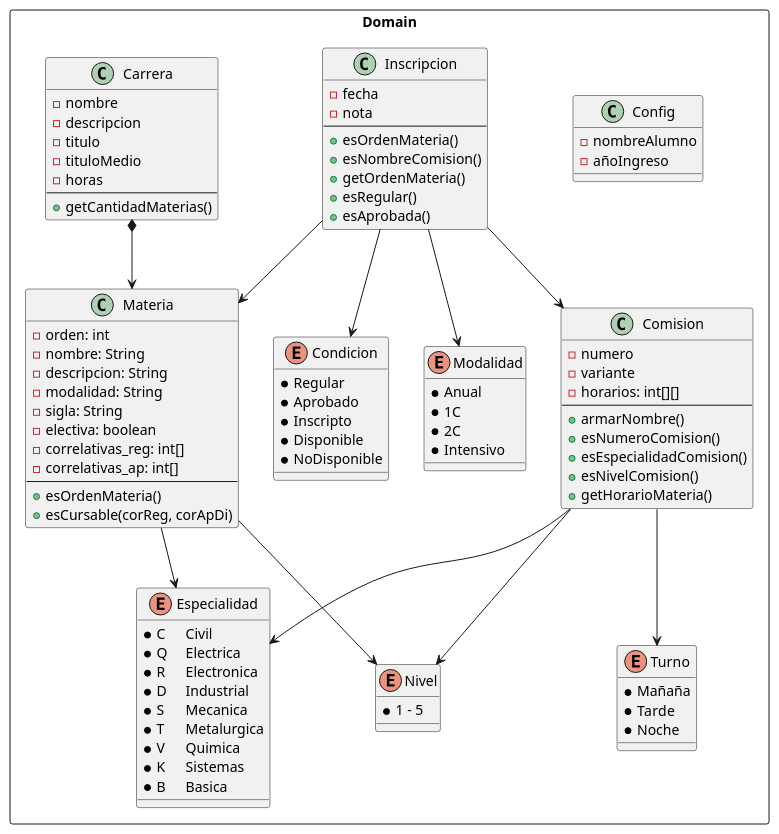
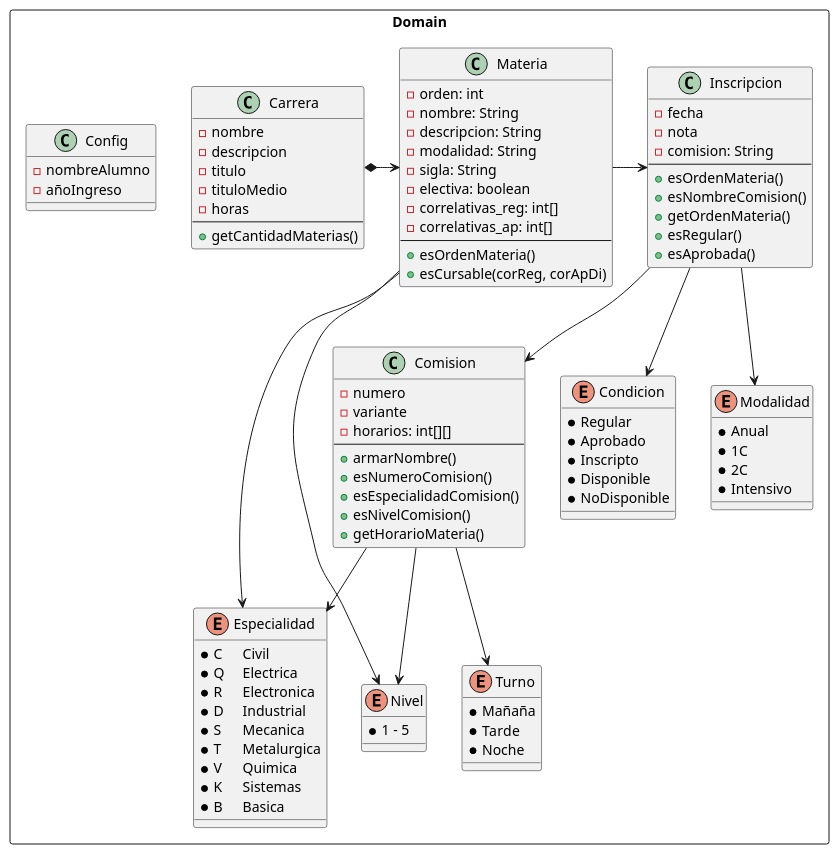
One commit to EmilianoM7/UTN_EZ changed the diagram in Doc/UTNEZ_ClassDomain.puml. Above: the diagram before and after it, drawn with PlantUML. The commit also changed 20 other files, not shown here.

```diff
--- a/Doc/UTNEZ_ClassDomain.puml
+++ b/Doc/UTNEZ_ClassDomain.puml
@@ -1,111 +1,112 @@
 @startuml
 
 rectangle Domain{
 
     class Config {
         - nombreAlumno
         - añoIngreso
     }
 
     class Inscripcion{
         - fecha
         - nota
+        - comision: String
         --
         + esOrdenMateria()
         + esNombreComision()
         + getOrdenMateria()
         + esRegular()
         + esAprobada()
     }
 
     class Carrera {
         - nombre
         - descripcion
         - titulo
         - tituloMedio
         - horas
         --
         + getCantidadMaterias()
     }
 
     class Materia {
         - orden: int
         - nombre: String
         - descripcion: String
         - modalidad: String
         - sigla: String
         - electiva: boolean
         - correlativas_reg: int[]
         - correlativas_ap: int[]
         --
         + esOrdenMateria()
         + esCursable(corReg, corApDi)
     }
 
     class Comision{
         - numero
         - variante
         - horarios: int[][]
         --
         + armarNombre()
         + esNumeroComision()
         + esEspecialidadComision()
         + esNivelComision()
         + getHorarioMateria()
     }
 
     enum Condicion{
         * Regular
         * Aprobado
         * Inscripto
         * Disponible
         * NoDisponible
     }
 
     enum Especialidad{
         *	C	Civil
         *	Q	Electrica
         *	R	Electronica
         *	D	Industrial
         *	S	Mecanica
         *	T	Metalurgica
         *	V	Quimica
         *	K	Sistemas
         *	B	Basica
     }
 
     enum Turno {
         * Mañaña
         * Tarde
         * Noche
     }
 
     enum Modalidad {
         * Anual
         * 1C
         * 2C
         * Intensivo
     }
 
     enum Nivel{
         * 1 - 5
     }
 
-    Carrera *--> Materia
+    Carrera *-> Materia
     'Carrera --> Especialidad
 
+    Materia -> Inscripcion
     Materia --> Especialidad
     Materia --> Nivel
 
     Inscripcion --> Condicion
-    Inscripcion --> Materia
     Inscripcion --> Comision
     Inscripcion --> Modalidad
 
     Comision --> Turno
     Comision --> Especialidad
     Comision --> Nivel
 }
 
 
 @enduml
```
